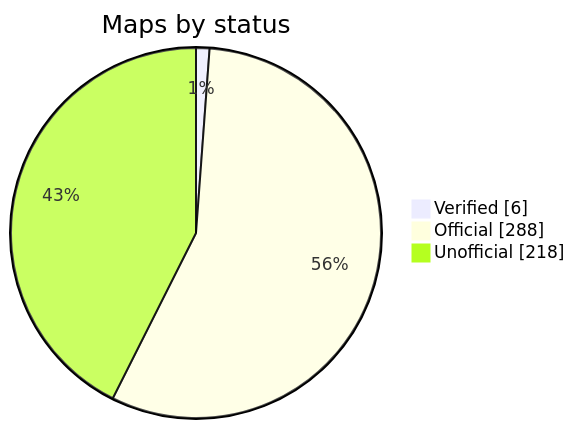
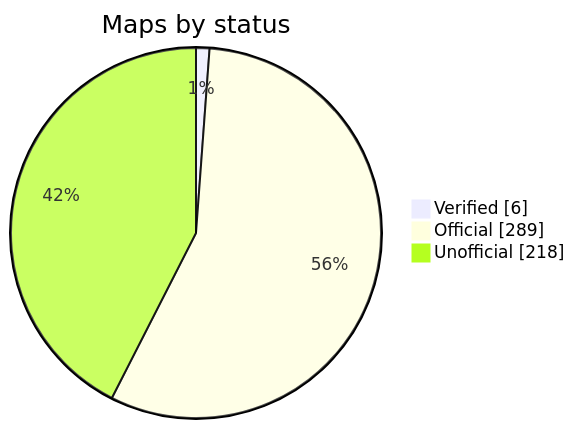
The diagram in README.md (nobrega8/mbmap-library), drawn with Mermaid before and after one commit. The commit also changed 2 other files, not shown here.

Commit message:
Add the Therma TH 9000 map

````diff
--- a/README.md
+++ b/README.md
@@ -50,7 +50,7 @@
 ```mermaid
 pie showData
     title Maps by status
     "Verified" : 6
-    "Official" : 288
+    "Official" : 289
     "Unofficial" : 218
 ```
````
